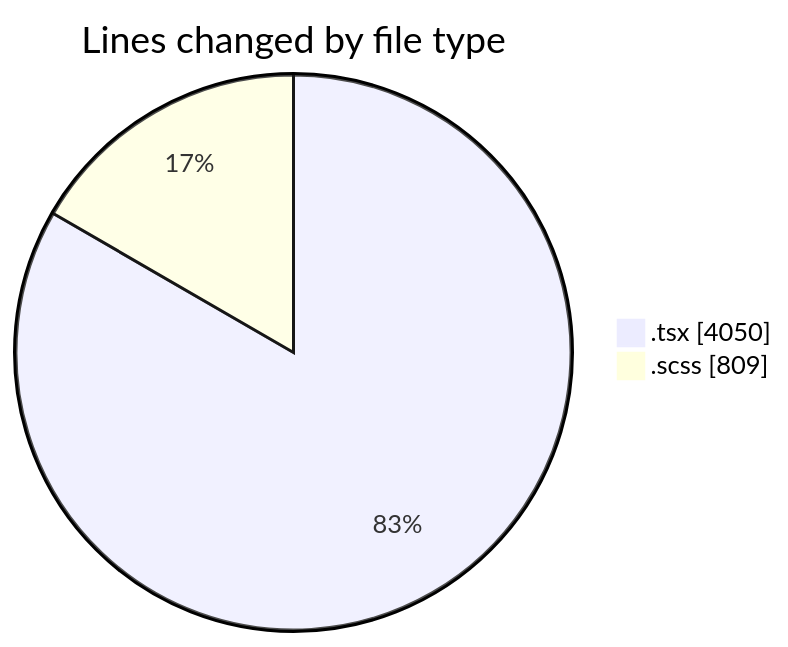
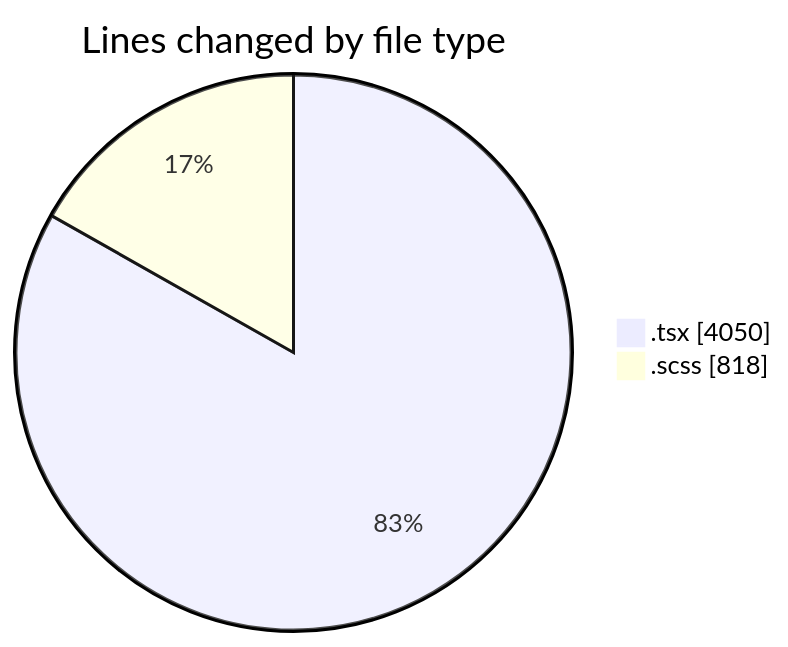
Before and after one commit to momahboobian/code-tracking: the first of 2 diagrams in 2026-10-20/cda/README.md, drawn with Mermaid. The commit also changed other lines of this file and 1 other file, not shown here.

````diff
--- a/2026-10-20/cda/README.md
+++ b/2026-10-20/cda/README.md
@@ -35,6 +35,6 @@
 ```mermaid
 pie showData
 title Lines changed by file type
 ".tsx" : 4050
-".scss" : 809
+".scss" : 818
 ```
````
